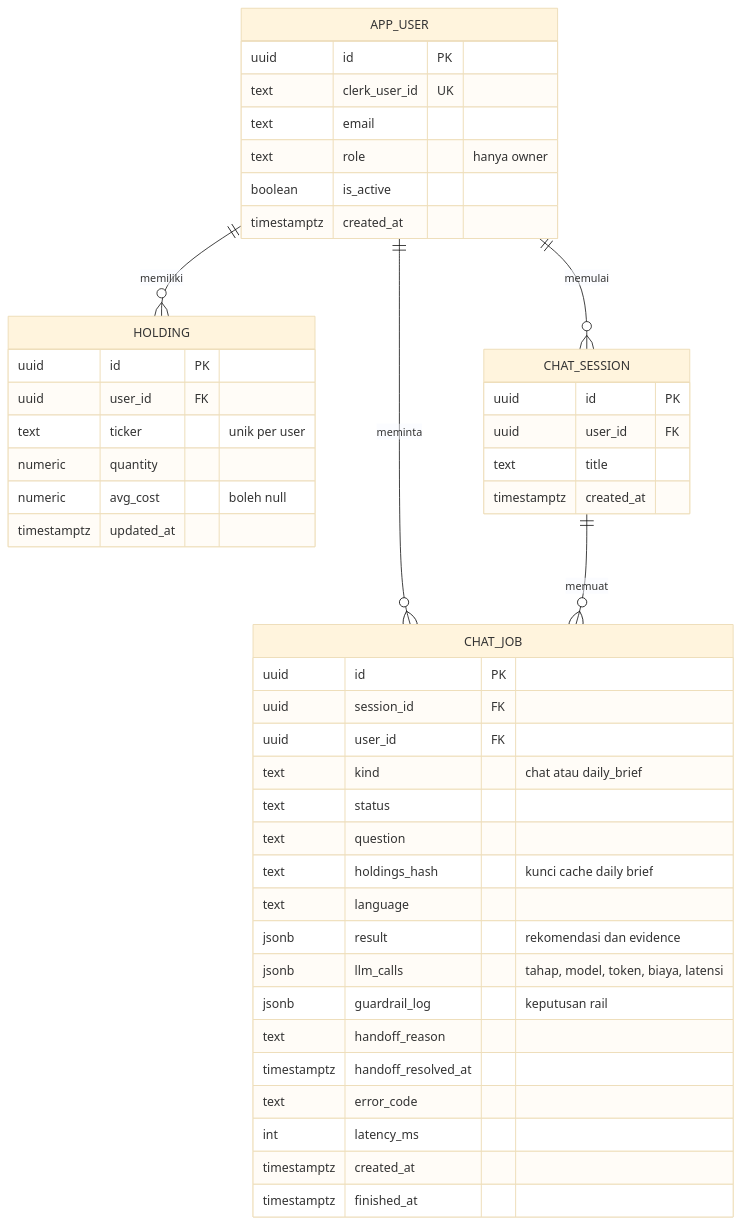
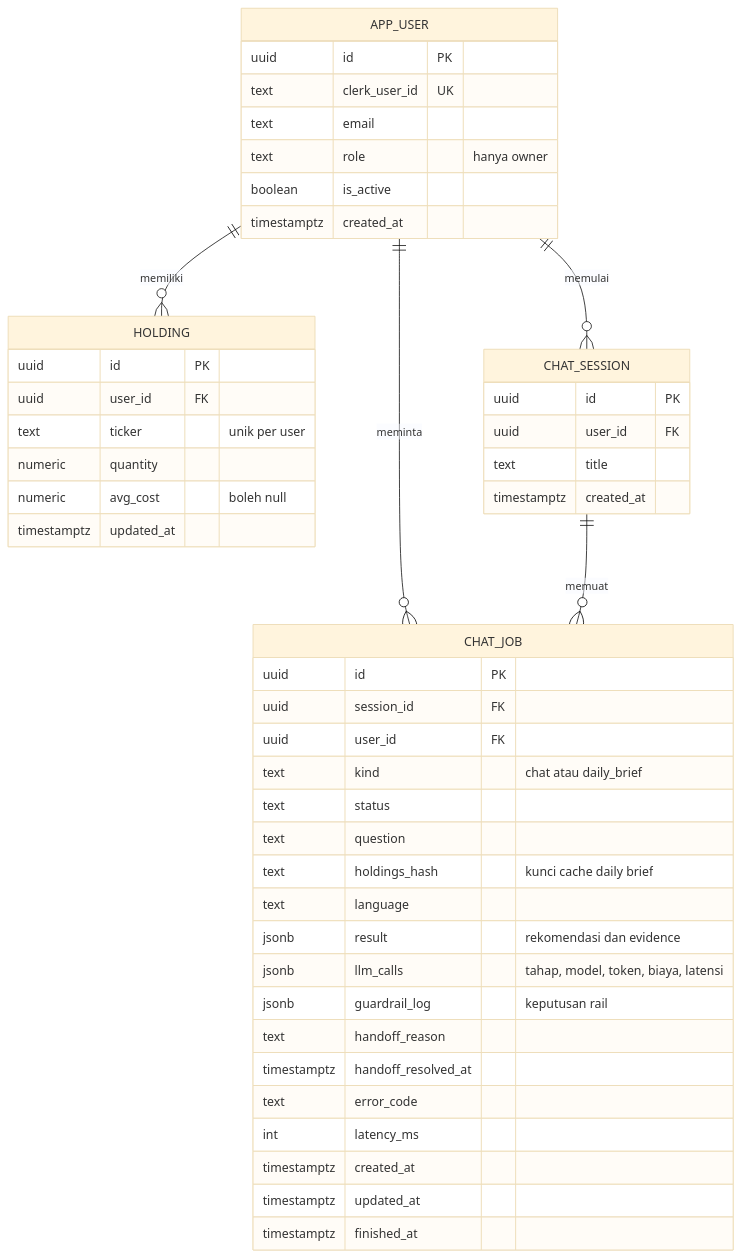
The fourth of 6 diagrams in Architecture.md (Erwdev/FinRAG), drawn with Mermaid (base theme) before and after one commit. The commit also changed other lines of this file and 17 other files, not shown here.

Commit message:
dev:new-architecture

````diff
--- a/Architecture.md
+++ b/Architecture.md
@@ -1063,49 +1150,50 @@
 ```mermaid
 erDiagram
   APP_USER ||--o{ HOLDING : memiliki
   APP_USER ||--o{ CHAT_SESSION : memulai
   APP_USER ||--o{ CHAT_JOB : meminta
   CHAT_SESSION ||--o{ CHAT_JOB : memuat
 
   APP_USER {
     uuid id PK
     text clerk_user_id UK
     text email
     text role "hanya owner"
     boolean is_active
     timestamptz created_at
   }
   HOLDING {
     uuid id PK
     uuid user_id FK
     text ticker "unik per user"
     numeric quantity
     numeric avg_cost "boleh null"
     timestamptz updated_at
   }
   CHAT_SESSION {
     uuid id PK
     uuid user_id FK
     text title
     timestamptz created_at
   }
   CHAT_JOB {
     uuid id PK
     uuid session_id FK
     uuid user_id FK
     text kind "chat atau daily_brief"
     text status
     text question
     text holdings_hash "kunci cache daily brief"
     text language
     jsonb result "rekomendasi dan evidence"
     jsonb llm_calls "tahap, model, token, biaya, latensi"
     jsonb guardrail_log "keputusan rail"
     text handoff_reason
     timestamptz handoff_resolved_at
     text error_code
     int latency_ms
     timestamptz created_at
+    timestamptz updated_at
     timestamptz finished_at
   }
 ```
````
